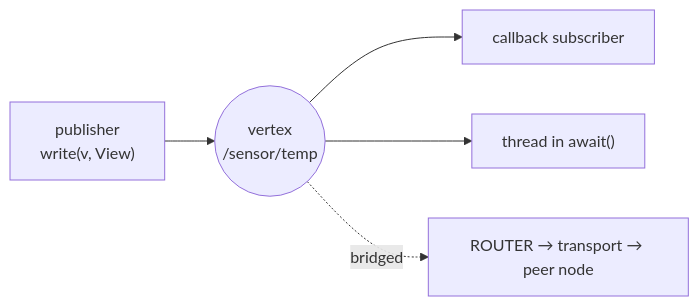
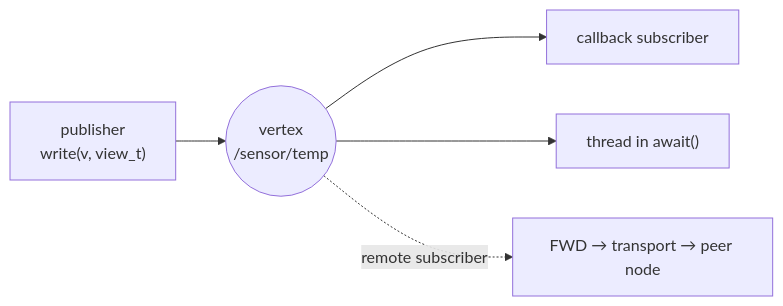
The first of 2 diagrams in docs/getting-started.md (avatarsd-llc/libtracer), drawn with Mermaid before and after one commit. The commit also changed other lines of this file and 22 other files, not shown here.

````diff
--- a/docs/getting-started.md
+++ b/docs/getting-started.md
@@ -13,7 +15,7 @@
 ```{mermaid}
 flowchart LR
-    P["publisher<br/>write(v, View)"] --> V(("vertex<br/>/sensor/temp"))
+    P["publisher<br/>write(v, view_t)"] --> V(("vertex<br/>/sensor/temp"))
     V --> C["callback subscriber"]
     V --> A["thread in await()"]
-    V -. bridged .-> W["ROUTER → transport → peer node"]
+    V -. remote subscriber .-> W["FWD → transport → peer node"]
 ```
````
